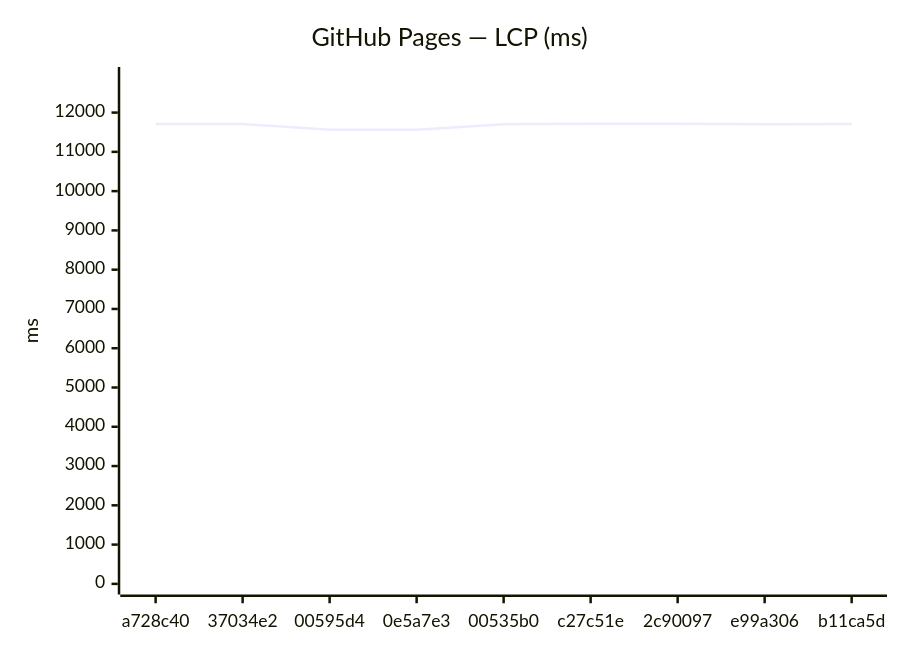
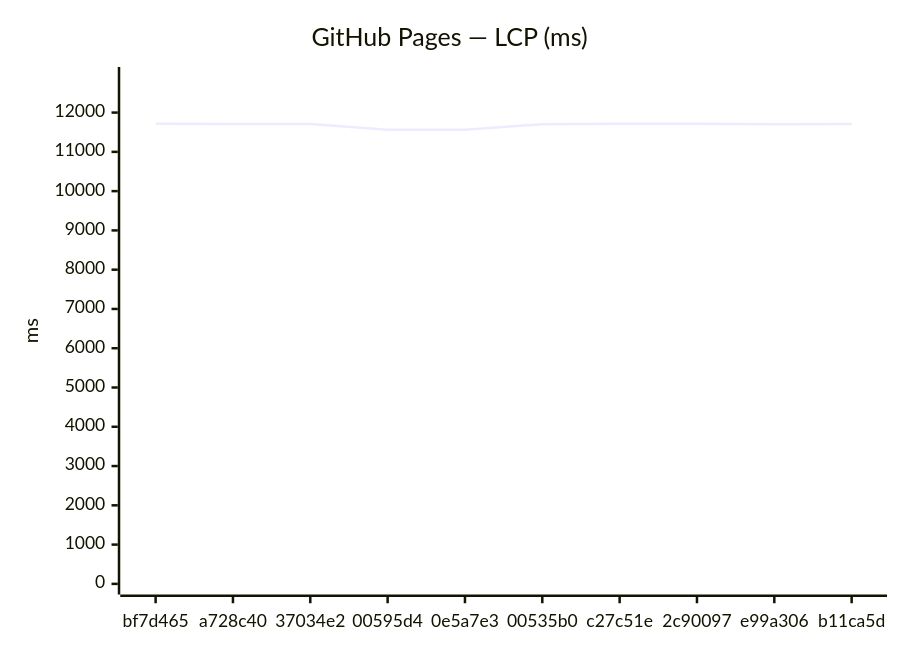
The third of 24 diagrams in benchmarks/compare.md (Metaheurist/Rianell), drawn with Mermaid before and after one commit. The commit also changed other lines of this file and 12 other files, not shown here.

````diff
--- a/benchmarks/compare.md
+++ b/benchmarks/compare.md
@@ -52,7 +54,7 @@
 ```mermaid
 xychart-beta
     title "GitHub Pages — LCP (ms)"
-    x-axis ["a728c40", "37034e2", "00595d4", "0e5a7e3", "00535b0", "c27c51e", "2c90097", "e99a306", "b11ca5d"]
+    x-axis ["bf7d465", "a728c40", "37034e2", "00595d4", "0e5a7e3", "00535b0", "c27c51e", "2c90097", "e99a306", "b11ca5d"]
     y-axis "ms" 0 --> 12890
-    line [11707, 11710, 11560, 11561, 11705, 11718, 11715, 11701, 11707]
+    line [11718, 11707, 11710, 11560, 11561, 11705, 11718, 11715, 11701, 11707]
 ```
````
